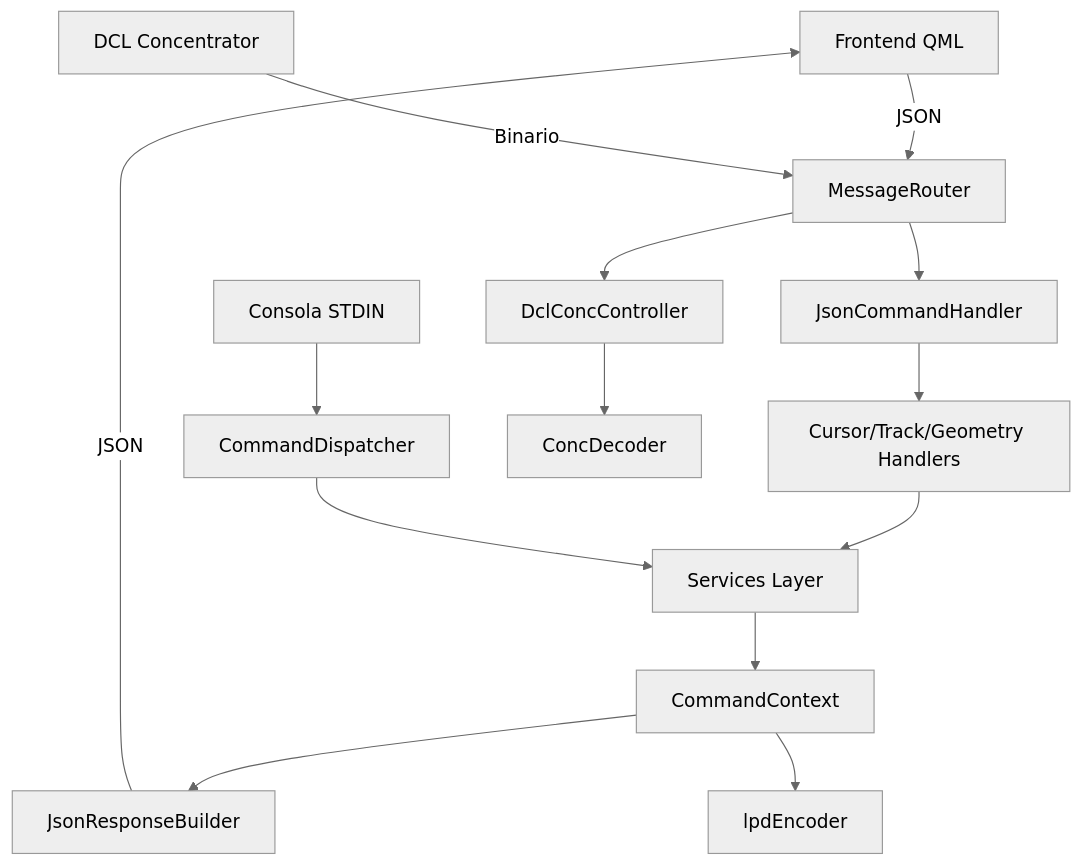
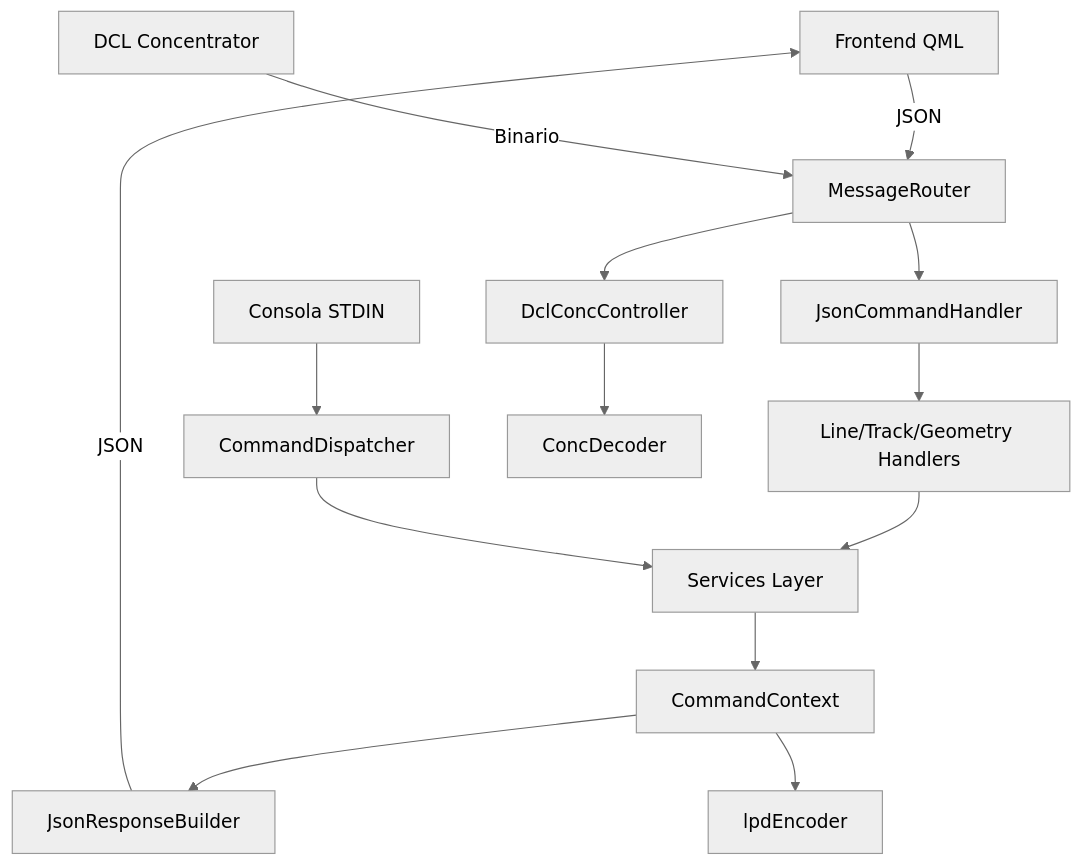
Before and after one commit to CrisD39/DDM: the second of 2 diagrams in docs/architecture.md, drawn with Mermaid (neutral theme). The commit also changed other lines of this file and 9 other files, not shown here.

````diff
--- a/docs/architecture.md
+++ b/docs/architecture.md
@@ -140,20 +141,20 @@
 ```mermaid
 flowchart TD
     A[Frontend QML] -->|JSON| B[MessageRouter]
     C[Consola STDIN] --> D[CommandDispatcher]
     E[DCL Concentrator] -->|Binario| B
 
     B --> F[JsonCommandHandler]
     B --> G[DclConcController]
 
-    F --> H[Cursor/Track/Geometry Handlers]
+    F --> H[Line/Track/Geometry Handlers]
     H --> I[Services Layer]
     D --> I
 
     I --> J[CommandContext]
     J --> K[JsonResponseBuilder]
     K -->|JSON| A
 
     G --> L[ConcDecoder]
     J --> M[lpdEncoder]
 ```
````
